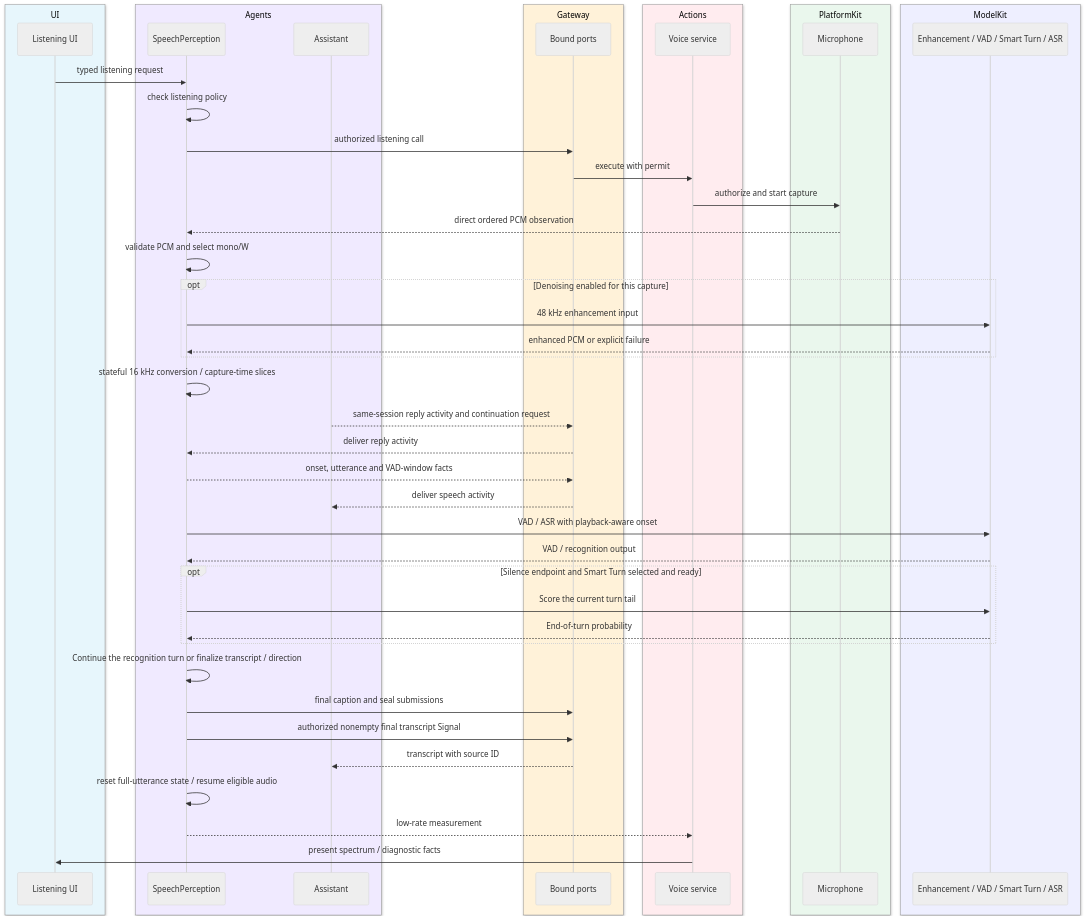
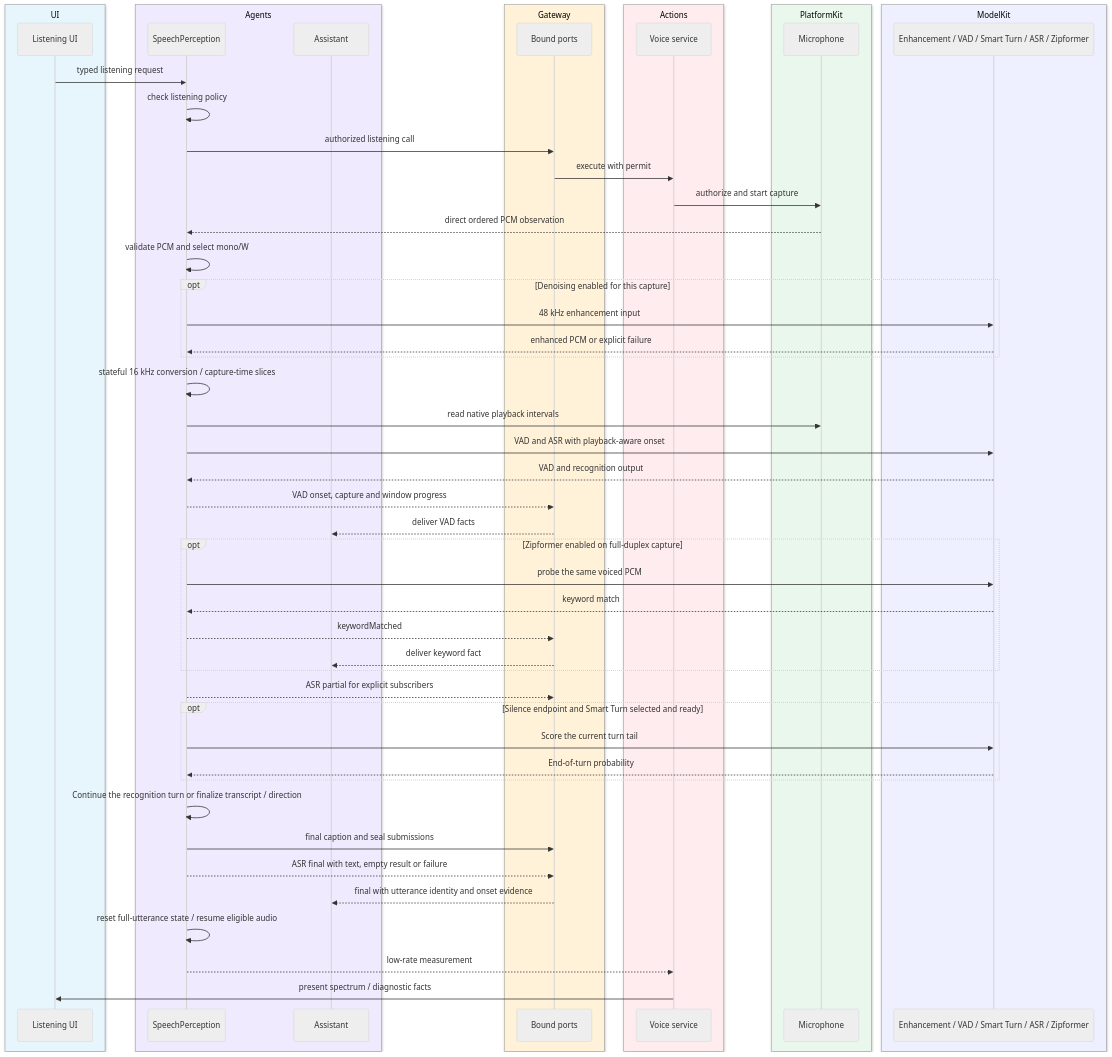
Before and after one commit to devilyouwei/MobileHarness: diagram 16 of 28 in MobileHarness/README.md, drawn with Mermaid (neutral theme). The commit also changed other lines of this file and 79 other files, not shown here.

````diff
--- a/MobileHarness/README.md
+++ b/MobileHarness/README.md
@@ -1020,51 +1020,57 @@
 ```mermaid
 sequenceDiagram
     box rgb(231,246,252) UI
         participant UI as Listening UI
     end
     box rgb(240,234,255) Agents
         participant S as SpeechPerception
         participant A as Assistant
     end
     box rgb(255,242,217) Gateway
         participant G as Bound ports
     end
     box rgb(255,236,239) Actions
         participant X as Voice service
     end
     box rgb(234,247,237) PlatformKit
         participant P as Microphone
     end
     box rgb(238,239,255) ModelKit
-        participant M as Enhancement / VAD / Smart Turn / ASR
+        participant M as Enhancement / VAD / Smart Turn / ASR / Zipformer
     end
     UI->>S: typed listening request
     S->>S: check listening policy
     S->>G: authorized listening call
     G->>X: execute with permit
     X->>P: authorize and start capture
     P-->>S: direct ordered PCM observation
     S->>S: validate PCM and select mono/W
     opt Denoising enabled for this capture
         S->>M: 48 kHz enhancement input
         M-->>S: enhanced PCM or explicit failure
     end
     S->>S: stateful 16 kHz conversion / capture-time slices
-    A-->>G: same-session reply activity and continuation request
-    G-->>S: deliver reply activity
-    S-->>G: onset, utterance and VAD-window facts
-    G-->>A: deliver speech activity
-    S->>M: VAD / ASR with playback-aware onset
-    M-->>S: VAD / recognition output
+    S->>P: read native playback intervals
+    S->>M: VAD and ASR with playback-aware onset
+    M-->>S: VAD and recognition output
+    S-->>G: VAD onset, capture and window progress
+    G-->>A: deliver VAD facts
+    opt Zipformer enabled on full-duplex capture
+        S->>M: probe the same voiced PCM
+        M-->>S: keyword match
+        S-->>G: keywordMatched
+        G-->>A: deliver keyword fact
+    end
+    S-->>G: ASR partial for explicit subscribers
     opt Silence endpoint and Smart Turn selected and ready
         S->>M: Score the current turn tail
         M-->>S: End-of-turn probability
     end
     S->>S: Continue the recognition turn or finalize transcript / direction
     S->>G: final caption and seal submissions
-    S->>G: authorized nonempty final transcript Signal
-    G-->>A: transcript with source ID
+    S-->>G: ASR final with text, empty result or failure
+    G-->>A: final with utterance identity and onset evidence
     S->>S: reset full-utterance state / resume eligible audio
     S-->>X: low-rate measurement
     X->>UI: present spectrum / diagnostic facts
 ```
````
